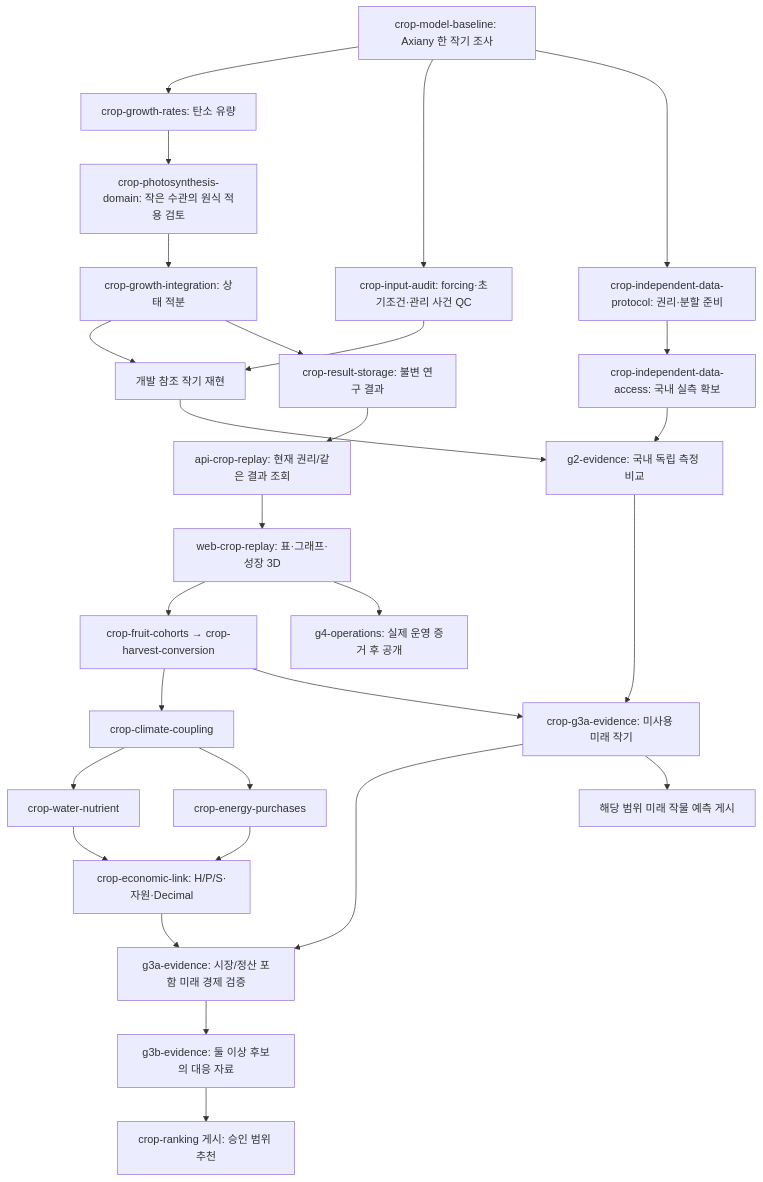
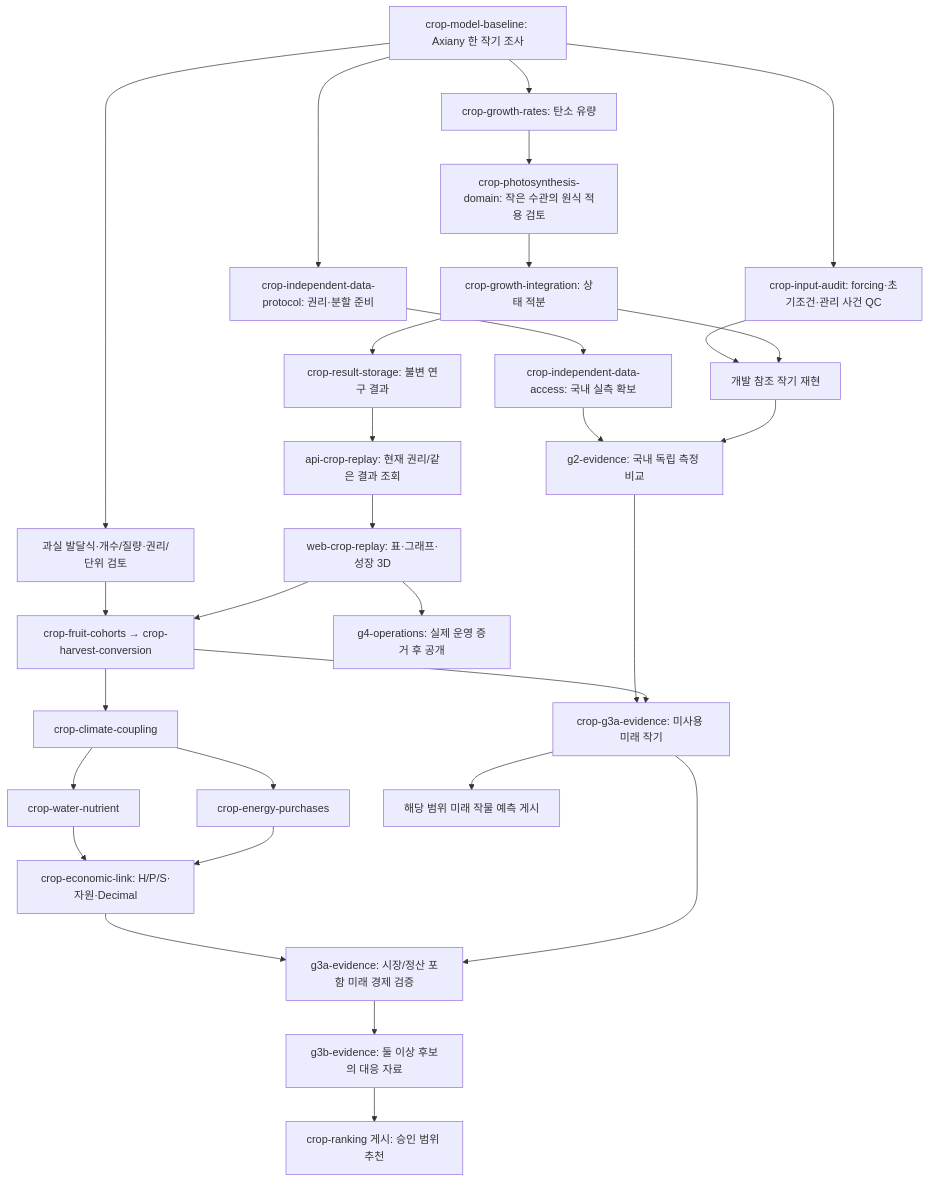
One commit to KIMSUNGHOON/OpenSmartFarmSim changed the first of 2 diagrams in tasks/plan.md. Above: the diagram before and after it, drawn with Mermaid. The commit also changed other lines of this file and 46 other files, not shown here.

````diff
--- a/tasks/plan.md
+++ b/tasks/plan.md
@@ -18,30 +20,32 @@
 ```mermaid
 flowchart TD
   B["crop-model-baseline: Axiany 한 작기 조사"] --> R["crop-growth-rates: 탄소 유량"]
   B --> Q["crop-input-audit: forcing·초기조건·관리 사건 QC"]
   B --> AP["crop-independent-data-protocol: 권리·분할 준비"]
   AP --> A["crop-independent-data-access: 국내 실측 확보"]
   R --> D["crop-photosynthesis-domain: 작은 수관의 원식 적용 검토"]
   D --> I["crop-growth-integration: 상태 적분"]
   Q --> X["개발 참조 작기 재현"]
   I --> X
   I --> S["crop-result-storage: 불변 연구 결과"]
   S --> API["api-crop-replay: 현재 권리/같은 결과 조회"]
   API --> V["web-crop-replay: 표·그래프·성장 3D"]
-  V --> F["crop-fruit-cohorts → crop-harvest-conversion"]
+  B --> FM["과실 발달식·개수/질량·권리/단위 검토"]
+  FM --> F["crop-fruit-cohorts → crop-harvest-conversion"]
+  V --> F
   F --> C["crop-climate-coupling"]
   C --> W["crop-water-nutrient"]
   C --> E["crop-energy-purchases"]
   W --> M["crop-economic-link: H/P/S·자원·Decimal"]
   E --> M
   A --> G2["g2-evidence: 국내 독립 측정 비교"]
   X --> G2
   G2 --> G3A["crop-g3a-evidence: 미사용 미래 작기"]
   F --> G3A
   M --> EC["g3a-evidence: 시장/정산 포함 미래 경제 검증"]
   G3A --> EC
   G3A --> P["해당 범위 미래 작물 예측 게시"]
   EC --> PAIR["g3b-evidence: 둘 이상 후보의 대응 자료"]
   PAIR --> REC["crop-ranking 게시: 승인 범위 추천"]
   V --> PUB["g4-operations: 실제 운영 증거 후 공개"]
 ```
````
